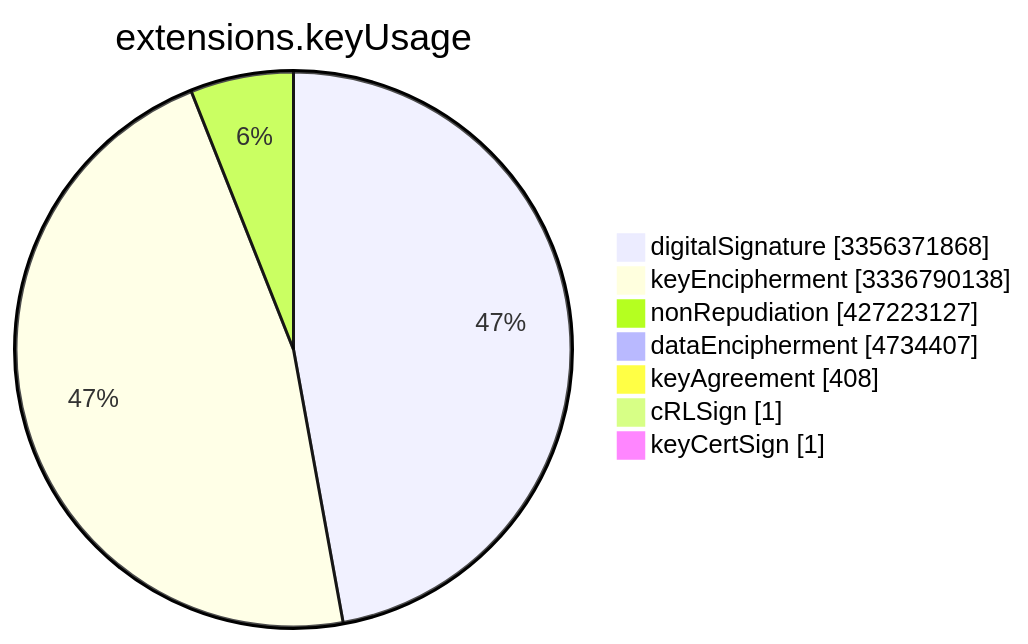
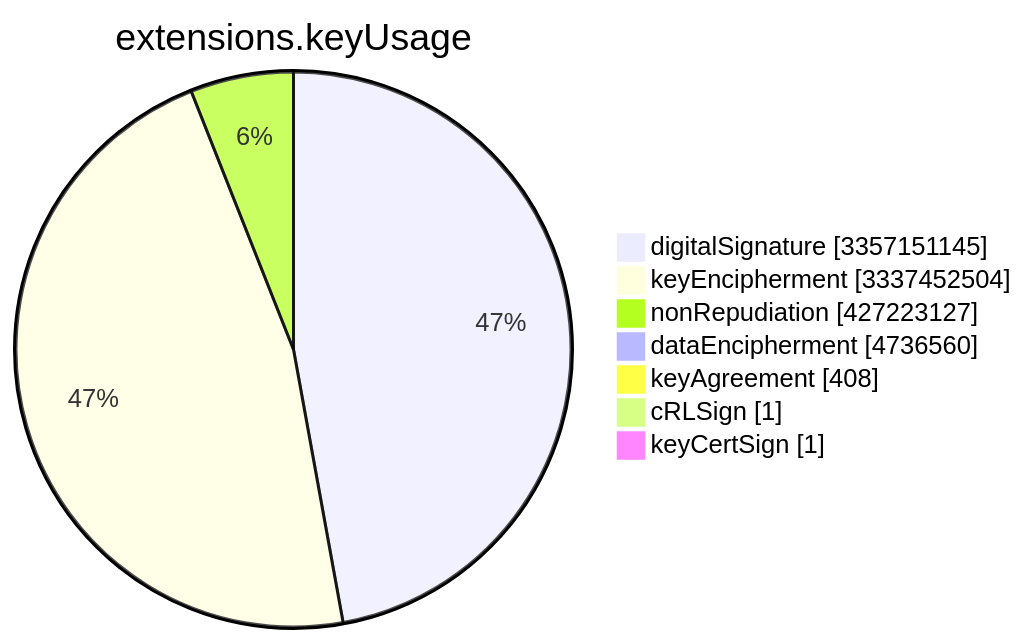
Before and after one commit to christiankrug/ctmonitor_visualization: the sixth of 15 diagrams in TOTAL/README.md, drawn with Mermaid. The commit also changed other lines of this file, not shown here.

````diff
--- a/TOTAL/README.md
+++ b/TOTAL/README.md
@@ -3079,11 +3079,11 @@
 ```mermaid
 pie showData
 title extensions.keyUsage
-"digitalSignature" :3356371868
-"keyEncipherment" :3336790138
+"digitalSignature" :3357151145
+"keyEncipherment" :3337452504
 "nonRepudiation" :427223127
-"dataEncipherment" :4734407
+"dataEncipherment" :4736560
 "keyAgreement" :408
 "cRLSign" :1
 "keyCertSign" :1
 ```
````
